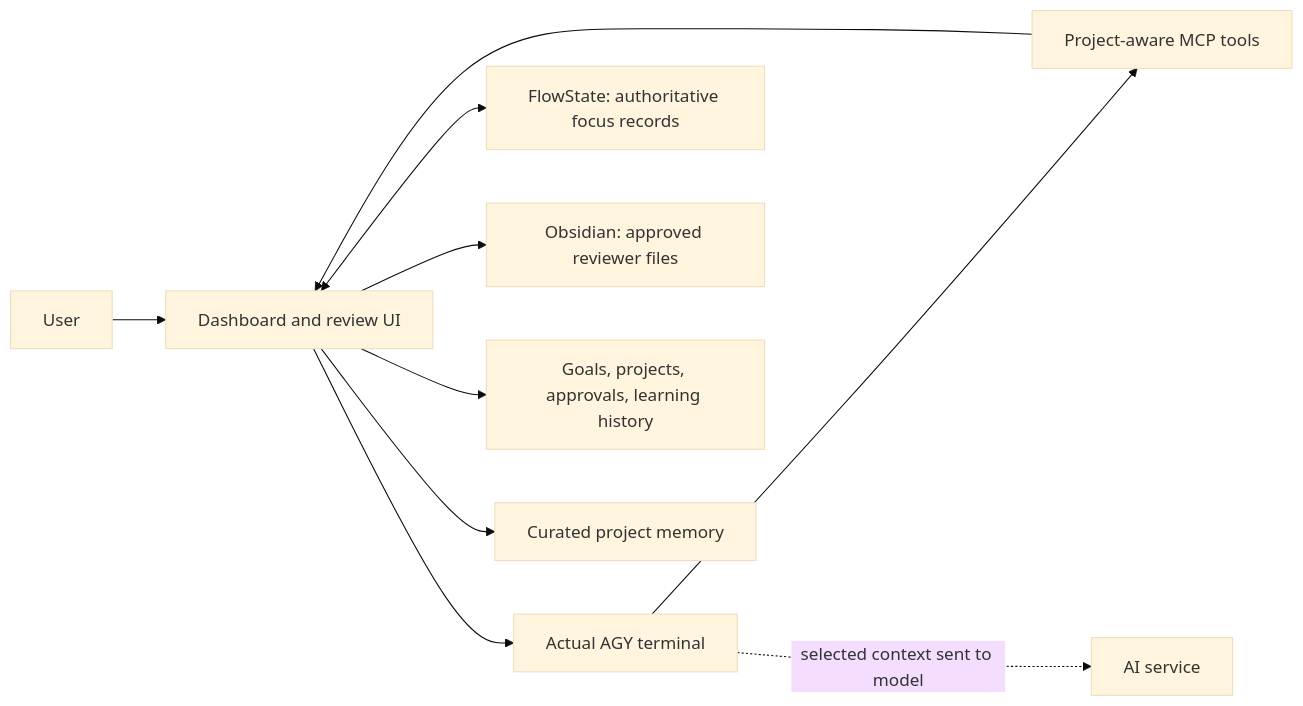
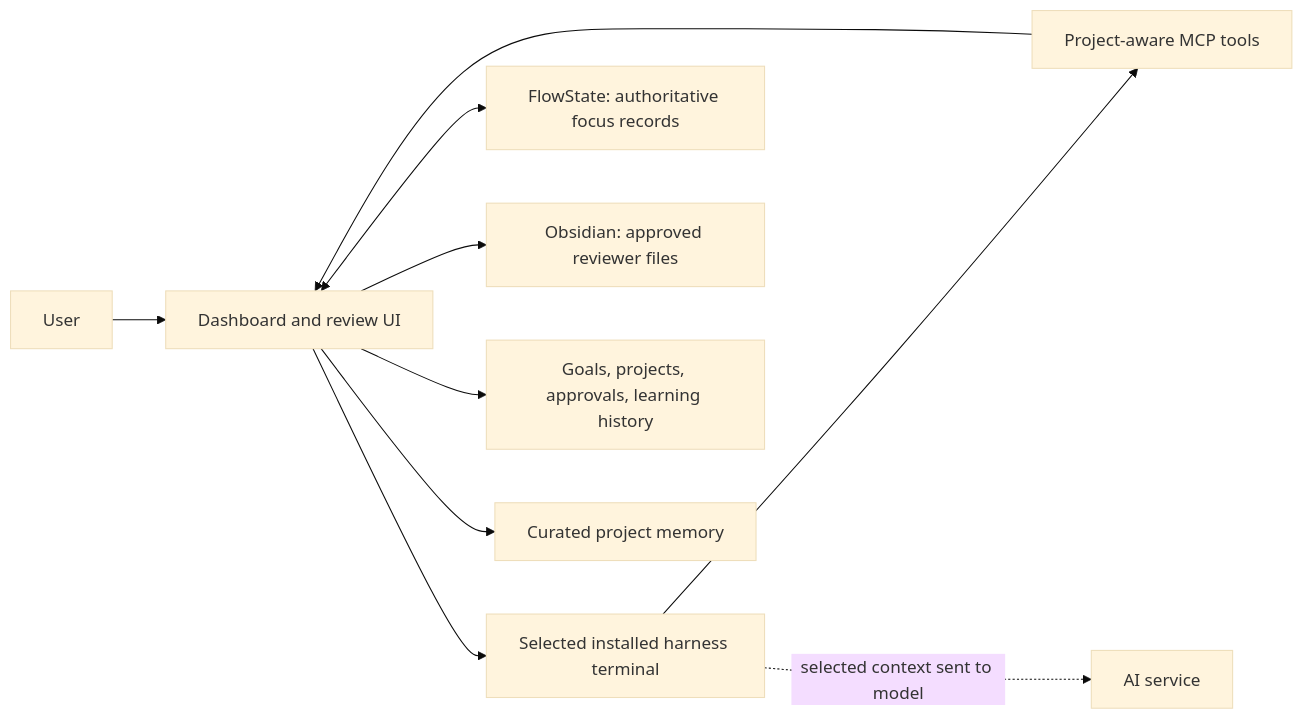
Before and after one commit to AlwinsonTGM/TGM: the second of 2 diagrams in outputs/first-release-plan.md, drawn with Mermaid (base theme). The commit also changed other lines of this file and 23 other files, not shown here.

Commit message:
Add multi-harness terminal foundation

````diff
--- a/outputs/first-release-plan.md
+++ b/outputs/first-release-plan.md
@@ -89,12 +91,12 @@
 ```mermaid
 flowchart LR
     U[User] --> D[Dashboard and review UI]
-    D --> A[Actual AGY terminal]
+    D --> A[Selected installed harness terminal]
     A --> M[Project-aware MCP tools]
     M --> D
     D <--> F[FlowState: authoritative focus records]
     D --> V[Obsidian: approved reviewer files]
     D --> S[Goals, projects, approvals, learning history]
     D --> P[Curated project memory]
     A -. selected context sent to model .-> C[AI service]
 ```
````
